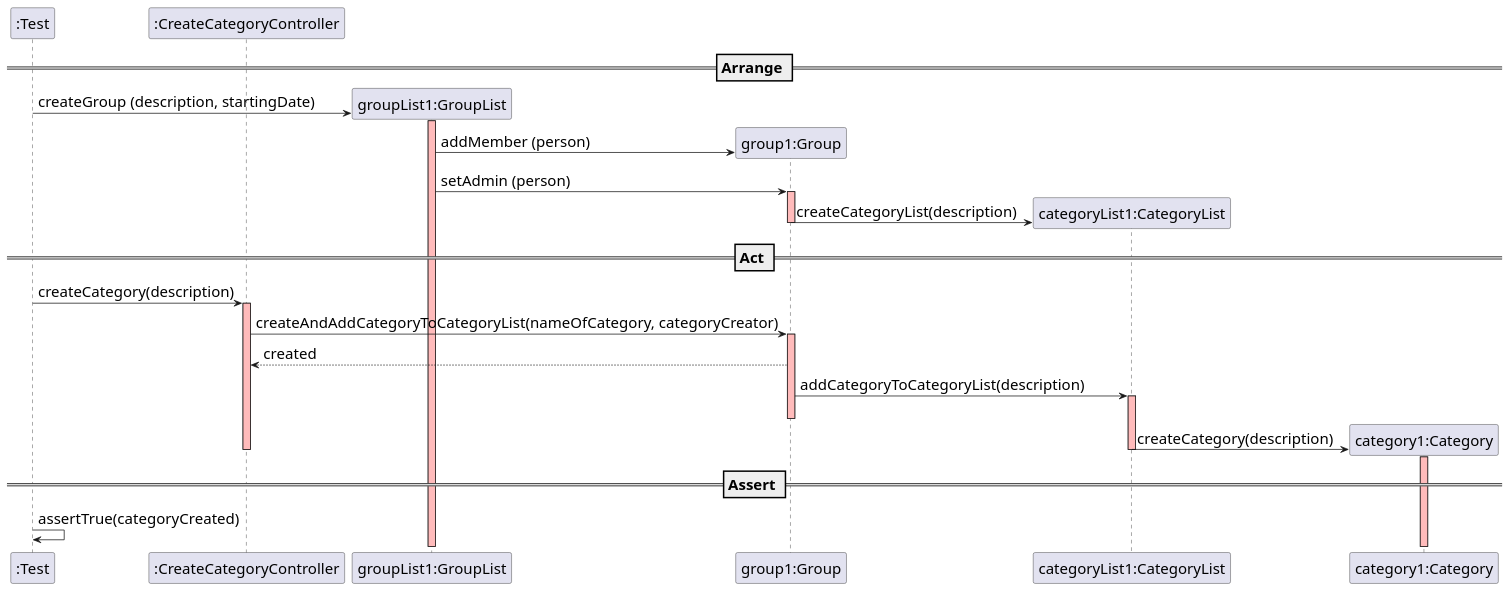
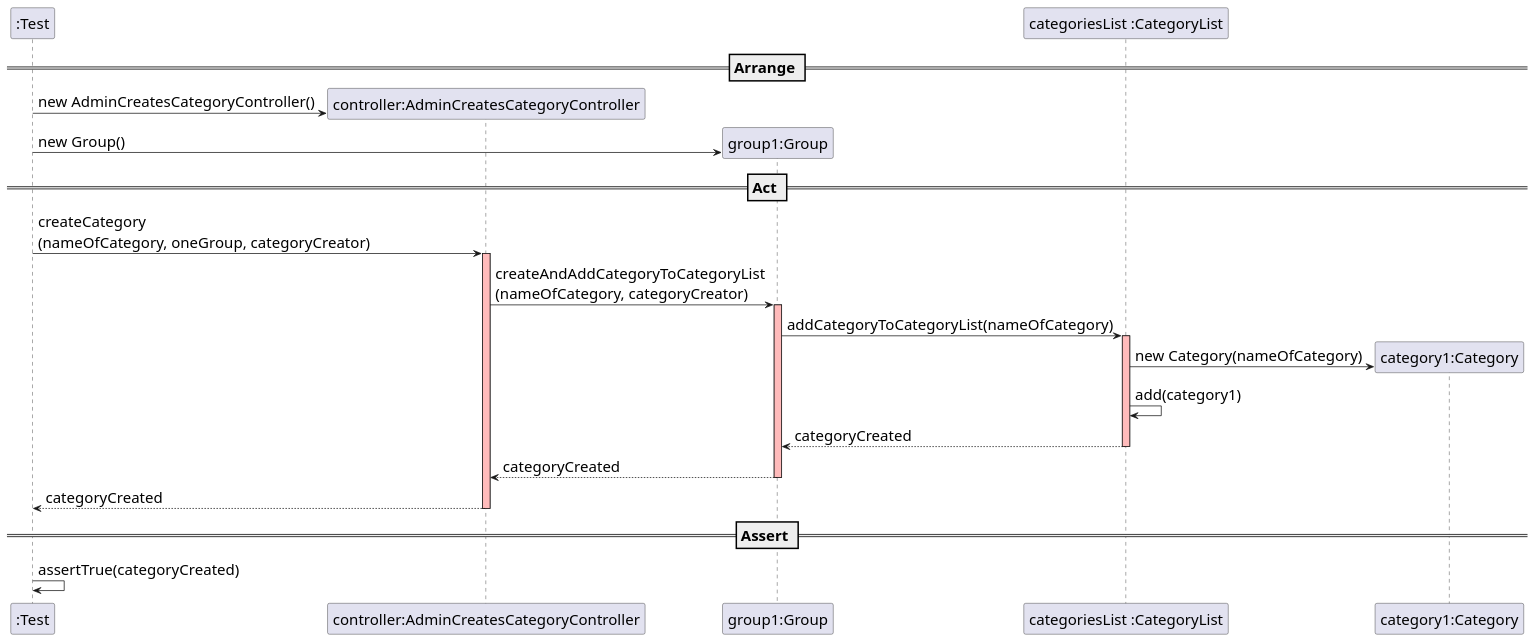
Before and after one commit to mleitaoribeiro/DevOpsMaven: the diagram in docs/SequenceDiagram - US005.1.puml, drawn with PlantUML. The commit also changed 1 other file, not shown here.

Commit message:
ref #496: Changed US005.1 Sequence Diagram

```diff
--- a/docs/SequenceDiagram - US005.1.puml
+++ b/docs/SequenceDiagram - US005.1.puml
@@ -1,52 +1,34 @@
 @startuml
 
 skinparam DefaultFontSize 20
 
 create ":Test"
 
 == Arrange ==
-create ":CreateCategoryController"
-create "groupList1:GroupList"
-":Test" -> "groupList1:GroupList" : createGroup (description, startingDate)
-activate "groupList1:GroupList" #FFBBBB
+create "controller:AdminCreatesCategoryController"
+":Test" -> "controller:AdminCreatesCategoryController" : new AdminCreatesCategoryController()
 create "group1:Group"
-"groupList1:GroupList" -> "group1:Group" : addMember (person)
-"groupList1:GroupList" -> "group1:Group" : setAdmin (person)
-
-activate "group1:Group" #FFBBBB
-create "categoryList1:CategoryList"
-"group1:Group" -> "categoryList1:CategoryList" :  createCategoryList(description)
-deactivate "group1:Group" #FFBBBB
-
-
-
+":Test" -> "group1:Group" : new Group()
 
 
 == Act ==
-":Test" -> ":CreateCategoryController" : createCategory(description)
-activate ":CreateCategoryController" #FFBBBB
-
-":CreateCategoryController" -> "group1:Group" : createAndAddCategoryToCategoryList(nameOfCategory, categoryCreator)
+":Test" -> "controller:AdminCreatesCategoryController" : createCategory\n(nameOfCategory, oneGroup, categoryCreator)
+activate "controller:AdminCreatesCategoryController" #FFBBBB
+"controller:AdminCreatesCategoryController" -> "group1:Group" : createAndAddCategoryToCategoryList\n(nameOfCategory, categoryCreator)
 activate "group1:Group" #FFBBBB
-"group1:Group" -->":CreateCategoryController" :created
-
-"group1:Group" -> "categoryList1:CategoryList" : addCategoryToCategoryList(description)
-activate "categoryList1:CategoryList" #FFBBBB
+"group1:Group" -> "categoriesList :CategoryList" : addCategoryToCategoryList(nameOfCategory)
+activate "categoriesList :CategoryList" #FFBBBB
+create "category1:Category"
+"categoriesList :CategoryList" -> "category1:Category" : new Category(nameOfCategory)
+"categoriesList :CategoryList"-> "categoriesList :CategoryList" : add(category1)
+"categoriesList :CategoryList" --> "group1:Group" : categoryCreated
+deactivate "categoriesList :CategoryList" #FFBBBB
+"group1:Group" --> "controller:AdminCreatesCategoryController" : categoryCreated
 deactivate "group1:Group" #FFBBBB
-
-create "category1:Category"
-"categoryList1:CategoryList" -> "category1:Category"  : createCategory(description)
-activate "category1:Category" #FFBBBB
-
-deactivate ":CreateCategoryController" #FFBBBB
-deactivate "group1:Group" #FFBBBB
-deactivate "categoryList1:CategoryList"
-deactivate "category1:Category"
-
-
-
-
+"controller:AdminCreatesCategoryController" --> ":Test" : categoryCreated
+deactivate "controller:AdminCreatesCategoryController" #FFBBBB
 
 == Assert ==
 ":Test" -> ":Test" : assertTrue(categoryCreated)
+
 @enduml
```
